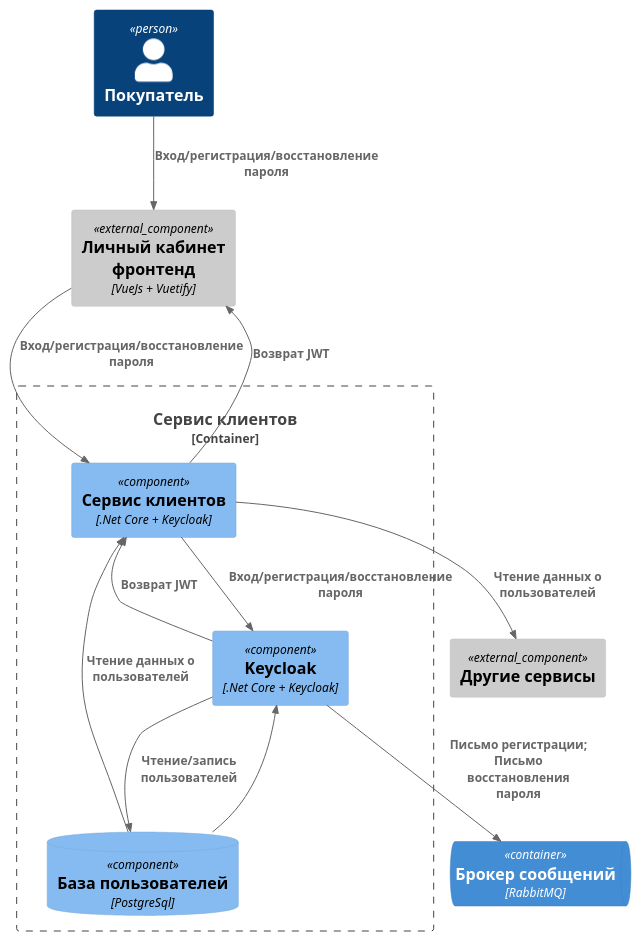
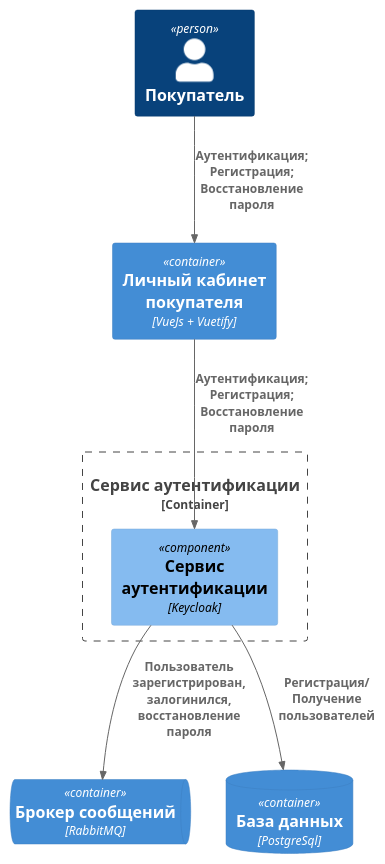
One commit to kelvionald/saas-shop changed the diagram in docs/c4/3.component-service-user.puml. Above: the diagram before and after it, drawn with PlantUML.

```diff
--- a/docs/c4/3.component-service-user.puml
+++ b/docs/c4/3.component-service-user.puml
@@ -1,34 +1,21 @@
 @startuml
 !include https://raw.githubusercontent.com/plantuml-stdlib/C4-PlantUML/master/C4_Component.puml
 
 Person(user_customer, "Покупатель")
 
 ContainerQueue(system_queue, "Брокер сообщений", "RabbitMQ")
-    
-Component_Ext(system_account_front, "Личный кабинет фронтенд", "VueJs + Vuetify")
-Component_Ext(system_another, "Другие сервисы", "")
 
-Container_Boundary(system_sign, "Сервис клиентов") {
-    Component(component_sign, "Сервис клиентов", ".Net Core + Keycloak")
-    Component(component_open_auth, "Keycloak", ".Net Core + Keycloak")
-    ComponentDb(component_open_auth_db, "База пользователей", "PostgreSql")
+Container(system_account_front, "Личный кабинет покупателя", "VueJs + Vuetify")
+
+ContainerDb(container_db, "База данных", "PostgreSql")
+
+Container_Boundary(system_admin1, "Сервис аутентификации") {
+    Component(system_sign, "Сервис аутентификации", "Keycloak")
 }
 
-Rel(user_customer, system_account_front, "Вход/регистрация/восстановление пароля")
-
-Rel(system_account_front, component_sign, "Вход/регистрация/восстановление пароля")
-Rel(component_sign, system_account_front, "Возврат JWT")
-
-Rel(component_sign, system_another, "Чтение данных о пользователей")
-
-Rel(component_open_auth_db, component_sign, "Чтение данных о пользователей")
-
-Rel(component_sign, component_open_auth, "Вход/регистрация/восстановление пароля")
-Rel(component_open_auth, component_sign, "Возврат JWT")
-
-Rel(component_open_auth, component_open_auth_db, "Чтение/запись пользователей")
-Rel(component_open_auth_db, component_open_auth, "")
-
-Rel(component_open_auth, system_queue, "Письмо регистрации; Письмо восстановления пароля")
+Rel(system_sign, container_db, "Регистрация/ Получение пользователей")
+Rel(user_customer, system_account_front, "Аутентификация; Регистрация; Восстановление пароля")
+Rel(system_account_front, system_sign, "Аутентификация; Регистрация; Восстановление пароля")
+Rel(system_sign, system_queue, "Пользователь зарегистрирован, залогинился, восстановление пароля")
 
 @enduml
```
